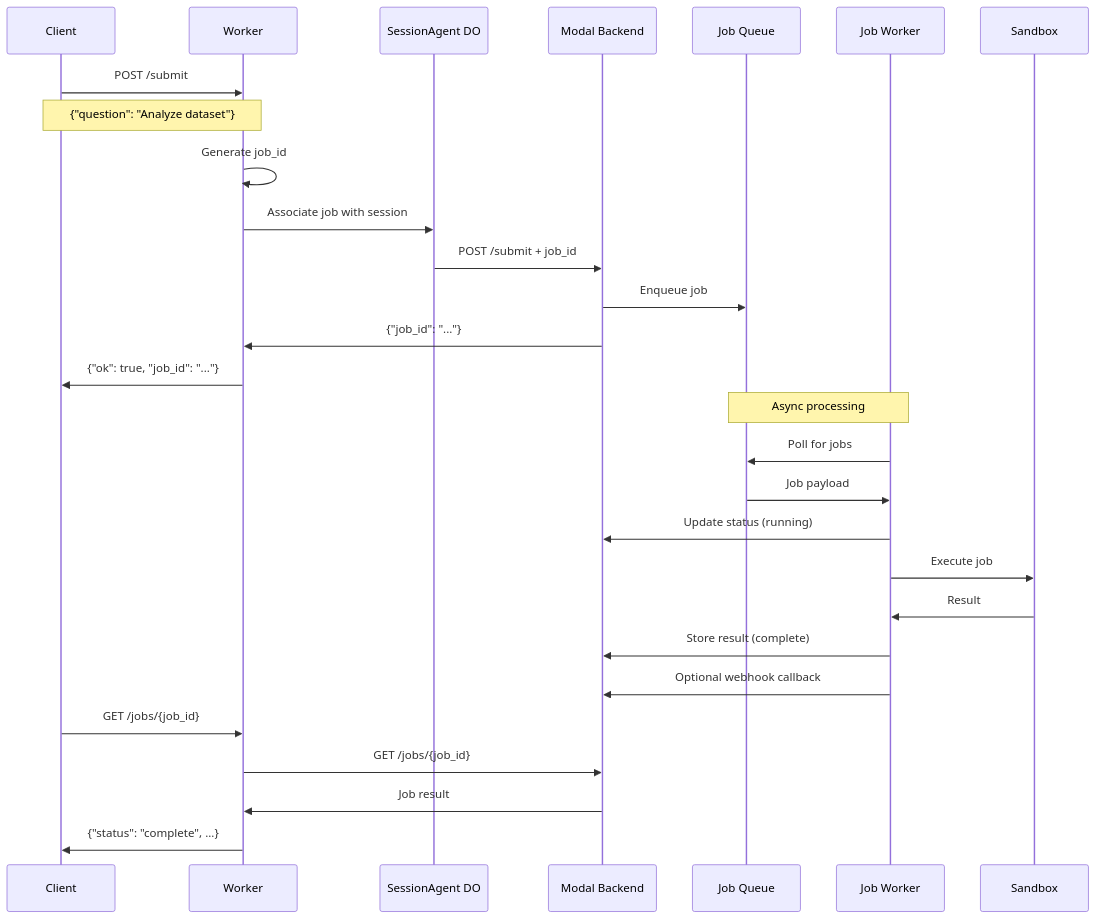
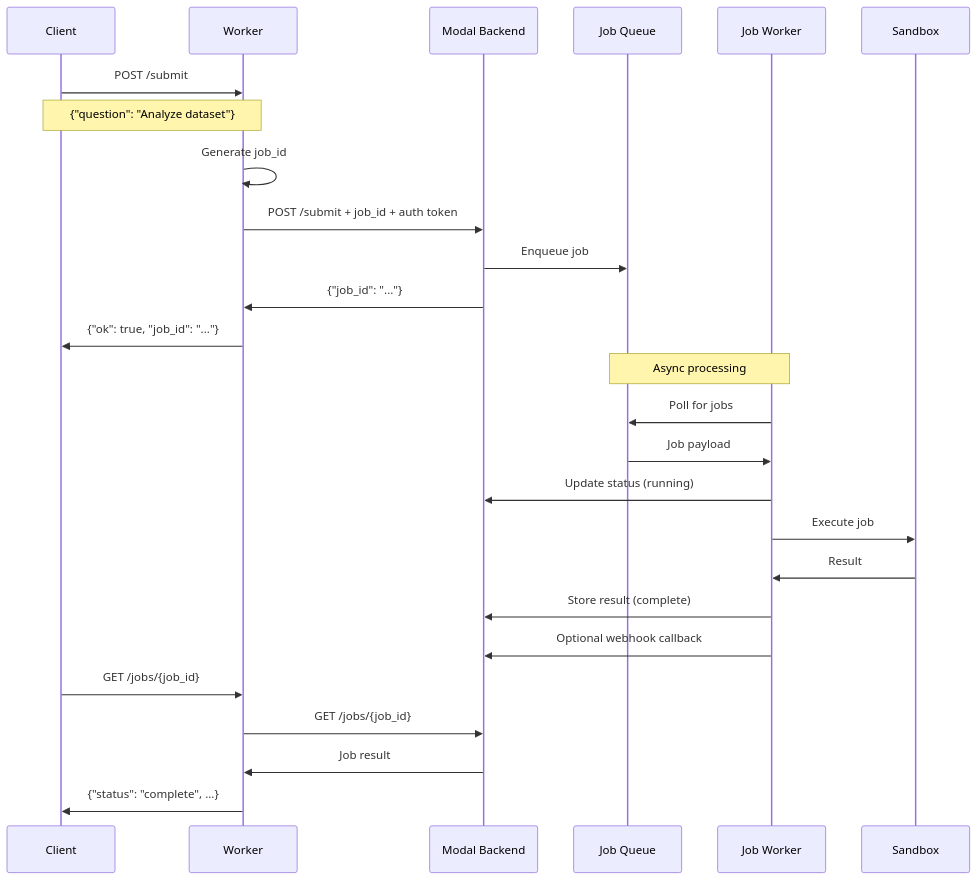
Before and after one commit to ibby-ai/rafiki: the fourth of 5 diagrams in docs/cloudflare-architecture.md, drawn with Mermaid. The commit also changed other lines of this file and 4 other files, not shown here.

````diff
--- a/docs/cloudflare-architecture.md
+++ b/docs/cloudflare-architecture.md
@@ -414,39 +413,36 @@
 ```mermaid
 sequenceDiagram
     participant Client
     participant Worker
-    participant SessionDO as SessionAgent DO
     participant Modal as Modal Backend
     participant Queue as Job Queue
     participant JobWorker as Job Worker
     participant Sandbox
 
     Client->>Worker: POST /submit
     Note over Client,Worker: {"question": "Analyze dataset"}
 
     Worker->>Worker: Generate job_id
-    Worker->>SessionDO: Associate job with session
-
-    SessionDO->>Modal: POST /submit + job_id
+    Worker->>Modal: POST /submit + job_id + auth token
     Modal->>Queue: Enqueue job
     Modal->>Worker: {"job_id": "..."}
 
     Worker->>Client: {"ok": true, "job_id": "..."}
 
     Note over Queue,JobWorker: Async processing
 
     JobWorker->>Queue: Poll for jobs
     Queue->>JobWorker: Job payload
 
     JobWorker->>Modal: Update status (running)
     JobWorker->>Sandbox: Execute job
     Sandbox->>JobWorker: Result
 
     JobWorker->>Modal: Store result (complete)
     JobWorker->>Modal: Optional webhook callback
 
     Client->>Worker: GET /jobs/{job_id}
     Worker->>Modal: GET /jobs/{job_id}
     Modal->>Worker: Job result
     Worker->>Client: {"status": "complete", ...}
 ```
````
